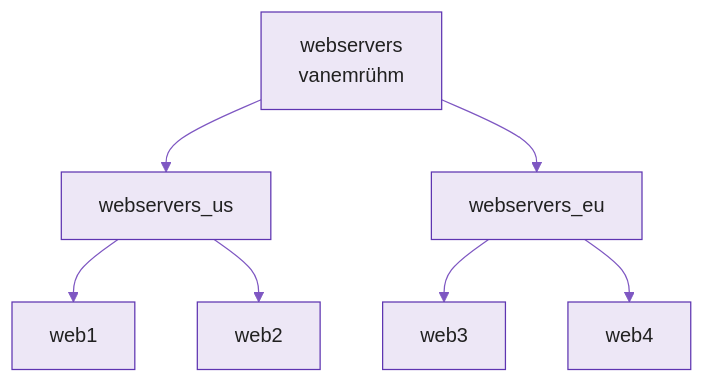
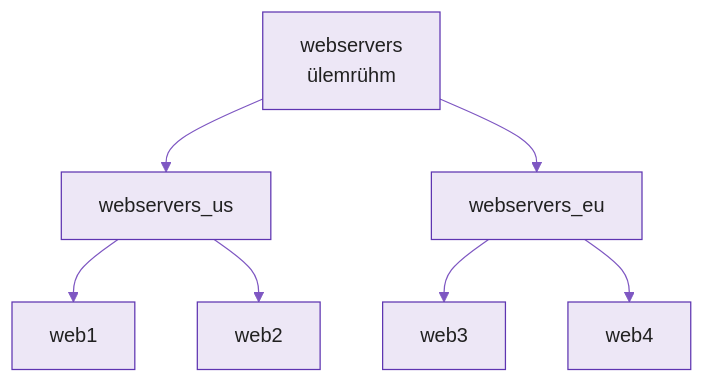
One commit to hkhk-automation/devops changed the third of 5 diagrams in docs/week03/lecture.md. Above: the diagram before and after it, drawn with Mermaid. The commit also changed other lines of this file and 1 other file, not shown here.

````diff
--- a/docs/week03/lecture.md
+++ b/docs/week03/lecture.md
@@ -283,10 +283,10 @@
 ```mermaid
 %%{init: {'theme':'base','themeVariables':{'primaryColor':'#ede7f6','primaryBorderColor':'#5e35b1','primaryTextColor':'#212121','lineColor':'#7e57c2'}}}%%
 graph TB
-    P["webservers<br/>vanemrühm"] --> US[webservers_us]
+    P["webservers<br/>ülemrühm"] --> US[webservers_us]
     P --> EU[webservers_eu]
     US --> H1[web1]
     US --> H2[web2]
     EU --> H3[web3]
     EU --> H4[web4]
 ```
````
